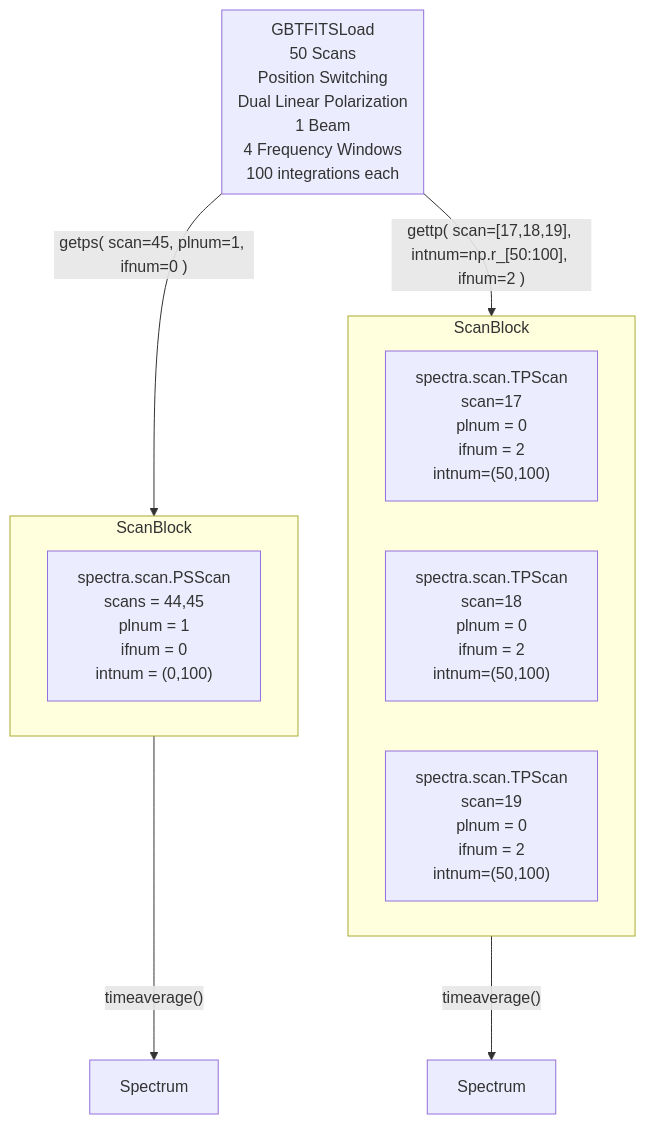
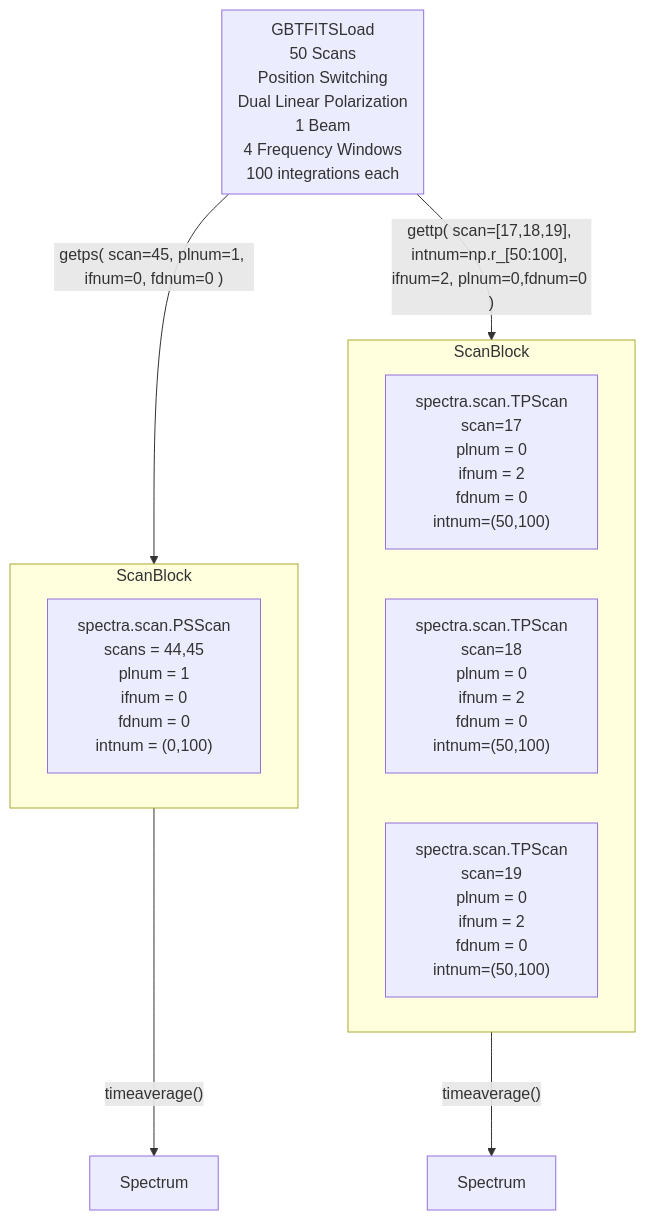
Before and after one commit to GreenBankObservatory/dysh: the diagram in docs/source/explanations/scanblock/index.rst, drawn with Mermaid.

Commit message:
update scanblock mermaid diagram

```diff
--- a/docs/source/explanations/scanblock/index.rst
+++ b/docs/source/explanations/scanblock/index.rst
@@ -11,37 +11,37 @@
 .. mermaid::
     :caption: The contents of a `~dysh.spectra.scan.ScanBlock` are a series of `~dysh.spectra.scan.ScanBase` objects. `~dysh.spectra.scan.ScanBlock` are the return of the calibration routines (e.g., `~dysh.fits.gbtfitsload.GBTFITSLoad.getps`, `~dysh.fits.gbtfitsload.GBTFITSLoad.getfs` or `~dysh.fits.gbtfitsload.GBTFITSLoad.gettp`)
 
     flowchart TD
 
     subgraph newLines[GBTFITSLoad
         50 Scans
         Position Switching
         Dual Linear Polarization
         1 Beam
         4 Frequency Windows
         100 integrations each
         ]
 
 
 
 
     end
 
 
-    newLines -- getps( scan=45, plnum=1, ifnum=0 ) --> ScanBlock1
-    newLines -- gettp( scan=[17,18,19], intnum=np.r_[50:100], ifnum=2 ) --> ScanBlock2
+    newLines -- getps( scan=45, plnum=1, ifnum=0, fdnum=0 ) --> ScanBlock1
+    newLines -- gettp( scan=[17,18,19], intnum=np.r_[50:100], ifnum=2, plnum=0,fdnum=0 ) --> ScanBlock2
 
 
 
     subgraph ScanBlock1[ScanBlock]
-            psscan["spectra.scan.PSScan<br />scans = 44,45<br />plnum = 1<br />ifnum = 0<br />intnum = (0,100)"]
+            psscan["spectra.scan.PSScan<br />scans = 44,45<br />plnum = 1<br />ifnum = 0<br />fdnum = 0<br />intnum = (0,100)"]
         end
     subgraph ScanBlock2[ScanBlock]
-            tpscan1["spectra.scan.TPScan<br />scan=17<br />plnum = 0<br />ifnum = 2<br />intnum=(50,100)"]
-            tpscan2["spectra.scan.TPScan<br />scan=18<br />plnum = 0<br />ifnum = 2<br />intnum=(50,100)"]
-            tpscan3["spectra.scan.TPScan<br />scan=19<br />plnum = 0<br />ifnum = 2<br />intnum=(50,100)"]
+            tpscan1["spectra.scan.TPScan<br />scan=17<br />plnum = 0<br />ifnum = 2<br />fdnum = 0 <br />intnum=(50,100)"]
+            tpscan2["spectra.scan.TPScan<br />scan=18<br />plnum = 0<br />ifnum = 2<br />fdnum = 0 <br />intnum=(50,100)"]
+            tpscan3["spectra.scan.TPScan<br />scan=19<br />plnum = 0<br />ifnum = 2<br />fdnum = 0 <br />intnum=(50,100)"]
 
         end
 
     ScanBlock1[Scan Block] -- timeaverage() --->spectrum1[Spectrum]
     ScanBlock2[Scan Block] -- timeaverage() --->spectrum2[Spectrum]
```
